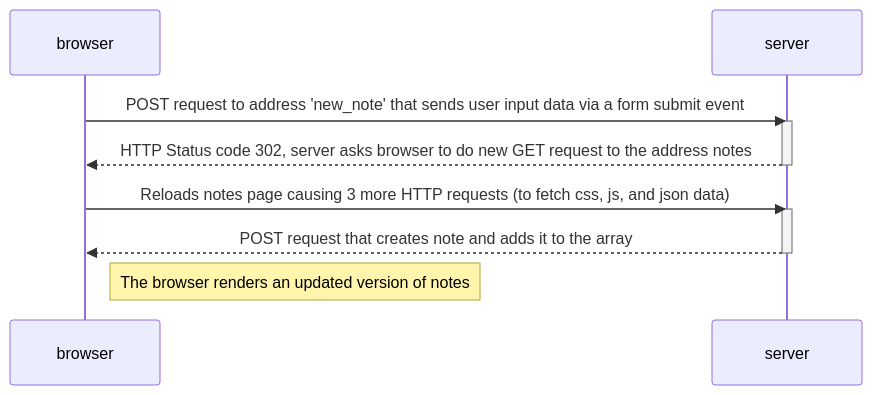
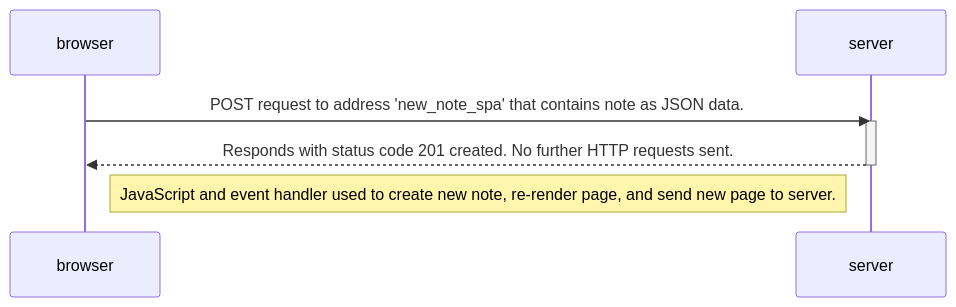
The second of 2 diagrams in part0/diagrams.md (SouthFrank/Full_Stack_Open), drawn with Mermaid before and after one commit. The commit also changed other lines of this file, not shown here.

Commit message:
Added diagram on spa, reviewing for final touches

````diff
--- a/part0/diagrams.md
+++ b/part0/diagrams.md
@@ -32,19 +32,14 @@
 ```mermaid
 
 sequenceDiagram
 participant browser
 participant server
 
-    browser->>server: POST request to address 'new_note' that sends user input data via a form submit event
+    browser->>server: POST request to address 'new_note_spa' that contains note as JSON data.
     activate server
-    server-->>browser: HTTP Status code 302, server asks browser to do new GET request to the address notes
+    server-->>browser: Responds with status code 201 created. No further HTTP requests sent.
     deactivate server
 
-    browser->>server: Reloads notes page causing 3 more HTTP requests (to fetch css, js, and json data)
-    activate server
-    server-->>browser: POST request that creates note and adds it to the array
-    deactivate server
-
-    Note right of browser: The browser renders an updated version of notes
+    Note right of browser: JavaScript and event handler used to create new note, re-render page, and send new page to server.
 
 ```
````
